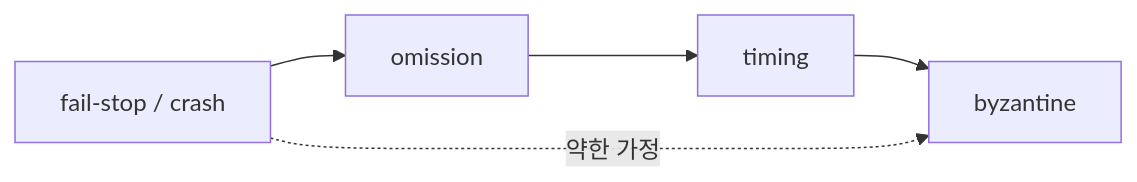
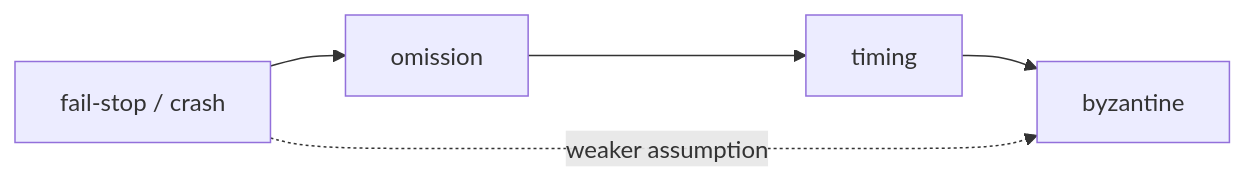
Before and after one commit to yeongseon-books/book-content: the diagram in content/distributed-systems-101/ko/02-failure-model.md, drawn with Mermaid. The commit also changed other lines of this file and 9 other files, not shown here.

````diff
--- a/content/distributed-systems-101/ko/02-failure-model.md
+++ b/content/distributed-systems-101/ko/02-failure-model.md
@@ -36,7 +46,7 @@
 ```mermaid
 flowchart LR
     A["fail-stop / crash"] --> B["omission"]
     B --> C["timing"]
     C --> D["byzantine"]
-    A -.->|약한 가정| D
+    A -.->|weaker assumption| D
 ```
````
